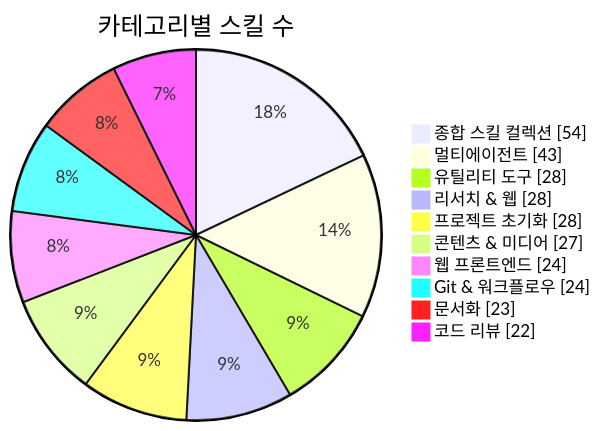
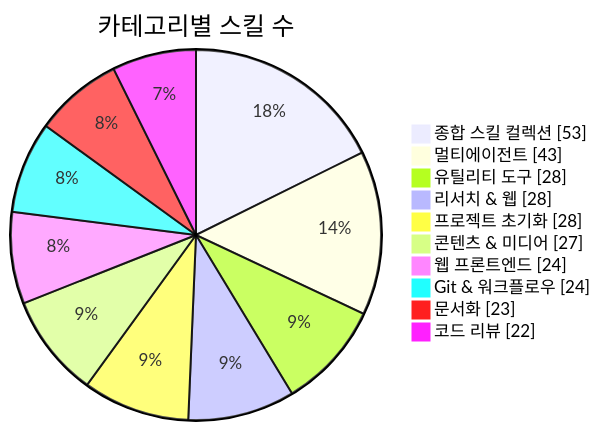
One commit to J-nowcow/awesome-korean-agent-skills changed the first of 3 diagrams in README.md. Above: the diagram before and after it, drawn with Mermaid. The commit also changed other lines of this file and 3 other files, not shown here.

````diff
--- a/README.md
+++ b/README.md
@@ -176,14 +176,14 @@
 ```mermaid
 pie showData
     title 카테고리별 스킬 수
-    "종합 스킬 컬렉션" : 54
+    "종합 스킬 컬렉션" : 53
     "멀티에이전트" : 43
     "유틸리티 도구" : 28
     "리서치 & 웹" : 28
     "프로젝트 초기화" : 28
     "콘텐츠 & 미디어" : 27
     "웹 프론트엔드" : 24
     "Git & 워크플로우" : 24
     "문서화" : 23
     "코드 리뷰" : 22
 ```
````
